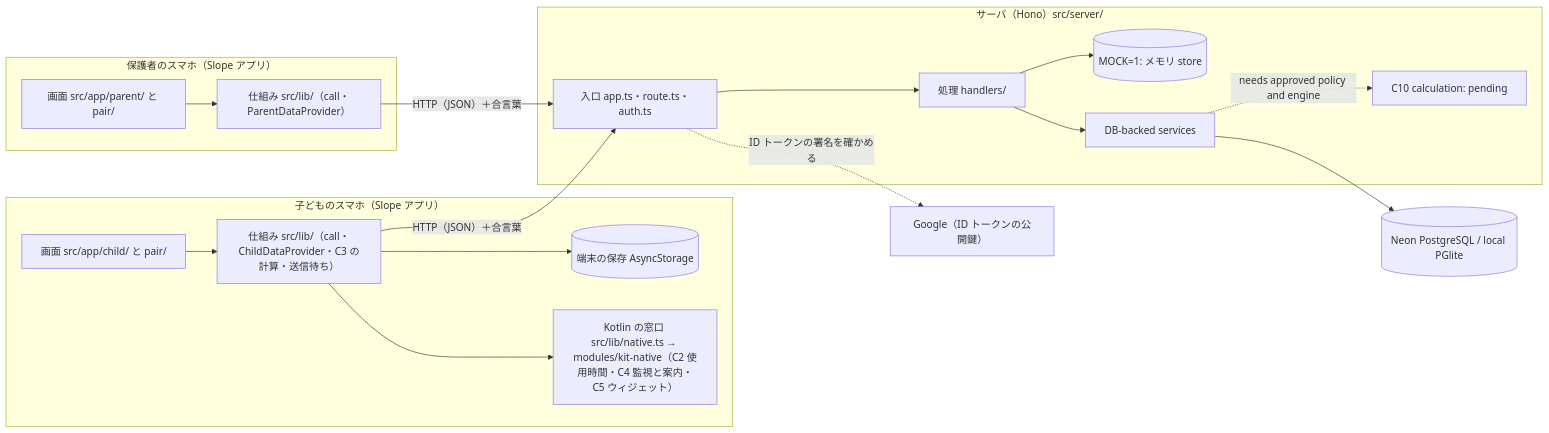
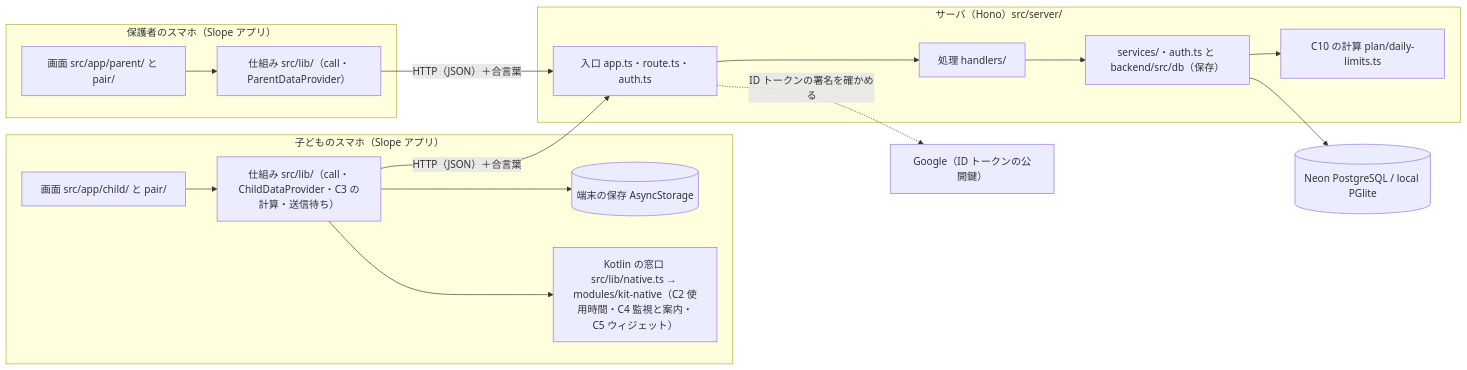
One commit to jphacks/sp_2602 changed the first of 3 diagrams in docs/architecture.md. Above: the diagram before and after it, drawn with Mermaid. The commit also changed other lines of this file and 71 other files, not shown here.

````diff
--- a/docs/architecture.md
+++ b/docs/architecture.md
@@ -8,34 +8,32 @@
 ```mermaid
 flowchart LR
   subgraph PD["保護者のスマホ（Slope アプリ）"]
     PA["画面 src/app/parent/ と pair/"]
     PL["仕組み src/lib/（call・ParentDataProvider）"]
   end
   subgraph CD["子どものスマホ（Slope アプリ）"]
     CA["画面 src/app/child/ と pair/"]
     CL["仕組み src/lib/（call・ChildDataProvider・C3 の計算・送信待ち）"]
     CS[("端末の保存 AsyncStorage")]
     K["Kotlin の窓口 src/lib/native.ts → modules/kit-native（C2 使用時間・C4 監視と案内・C5 ウィジェット）"]
   end
   subgraph SV["サーバ（Hono）src/server/"]
     R["入口 app.ts・route.ts・auth.ts"]
     H["処理 handlers/"]
-    ST[("MOCK=1: メモリ store")]
-    SVC["DB-backed services"]
-    C10["C10 calculation: pending"]
+    SVC["services/・auth.ts と backend/src/db（保存）"]
+    C10["C10 の計算 plan/daily-limits.ts"]
   end
   G["Google（ID トークンの公開鍵）"]
   DB[("Neon PostgreSQL / local PGlite")]
 
   PA --> PL
   CA --> CL
   CL --> CS
   CL --> K
   PL -- "HTTP（JSON）＋合言葉" --> R
   CL -- "HTTP（JSON）＋合言葉" --> R
   R --> H
-  H --> ST
   H --> SVC --> DB
-  SVC -. "needs approved policy and engine" .-> C10
+  SVC --> C10
   R -.->|"ID トークンの署名を確かめる"| G
 ```
````
